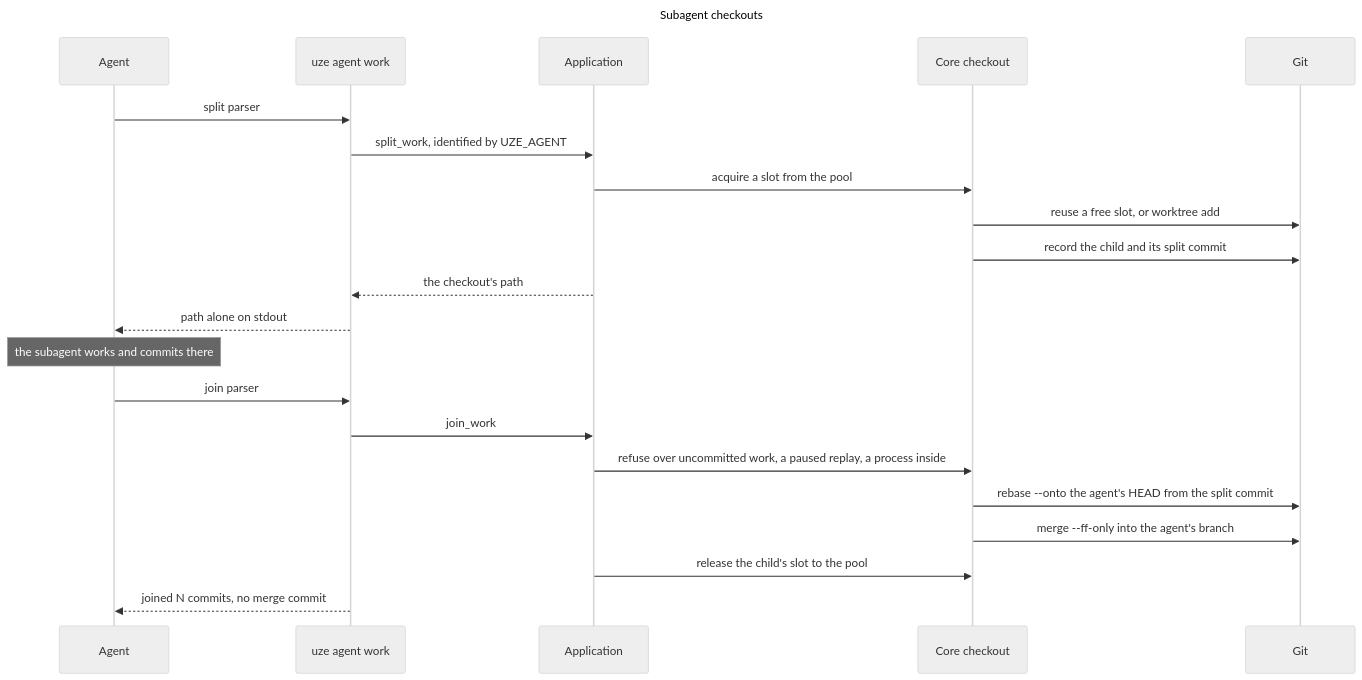
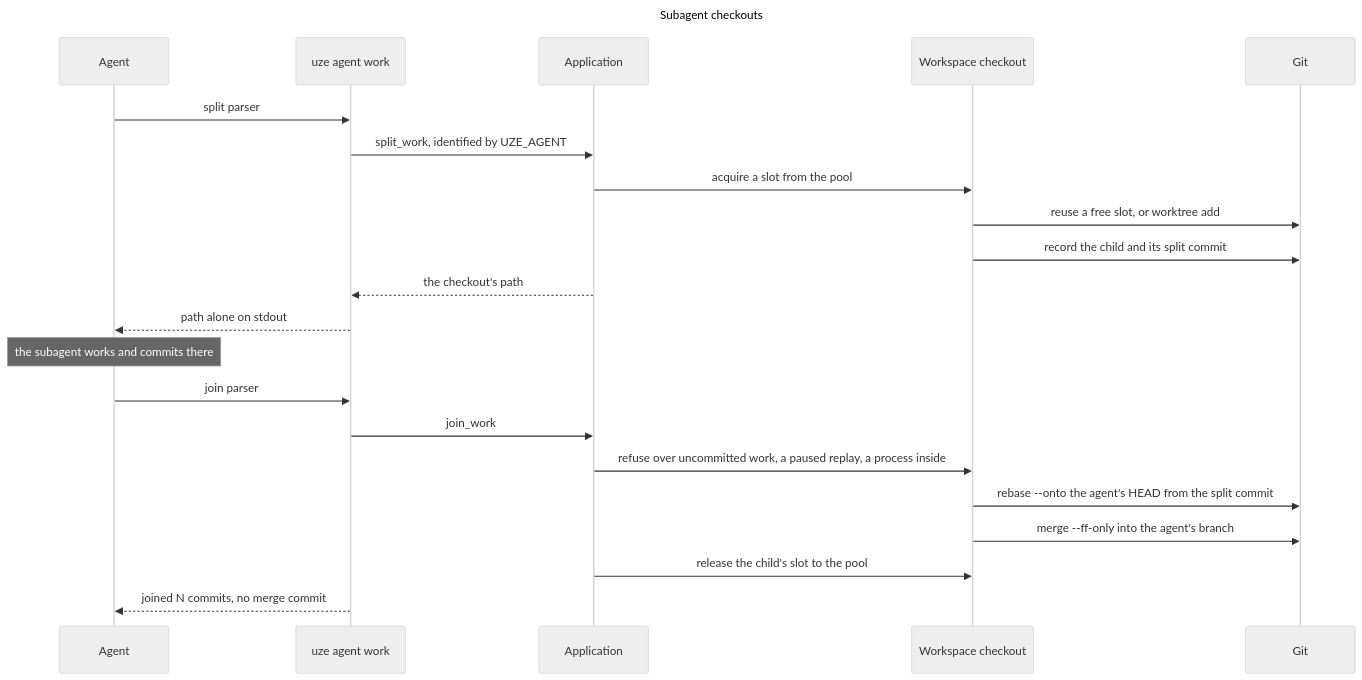
The diagram in docs/architecture/subagent-checkouts.mmd (uze-sh/uze), drawn with Mermaid (neutral theme) before and after one commit. The commit also changed 235 other files, not shown here.

```diff
--- a/docs/architecture/subagent-checkouts.mmd
+++ b/docs/architecture/subagent-checkouts.mmd
@@ -1,24 +1,24 @@
 ---
 title: Subagent checkouts
 ---
 sequenceDiagram
   participant agent as Agent
   participant cli as uze agent work
   participant app as Application
-  participant core as Core checkout
+  participant core as Workspace checkout
   participant git as Git
   agent->>cli: split parser
   cli->>app: split_work, identified by UZE_AGENT
   app->>core: acquire a slot from the pool
   core->>git: reuse a free slot, or worktree add
   core->>git: record the child and its split commit
   app-->>cli: the checkout's path
   cli-->>agent: path alone on stdout
   Note over agent: the subagent works and commits there
   agent->>cli: join parser
   cli->>app: join_work
   app->>core: refuse over uncommitted work, a paused replay, a process inside
   core->>git: rebase --onto the agent's HEAD from the split commit
   core->>git: merge --ff-only into the agent's branch
   app->>core: release the child's slot to the pool
   cli-->>agent: joined N commits, no merge commit
```
